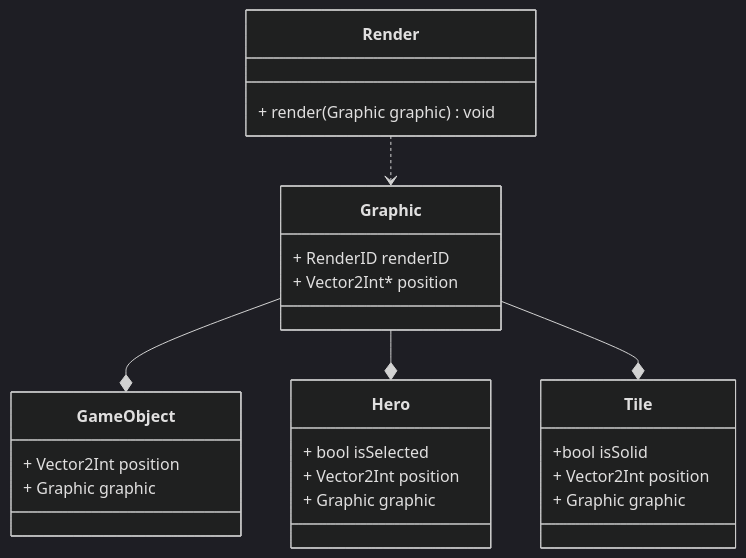
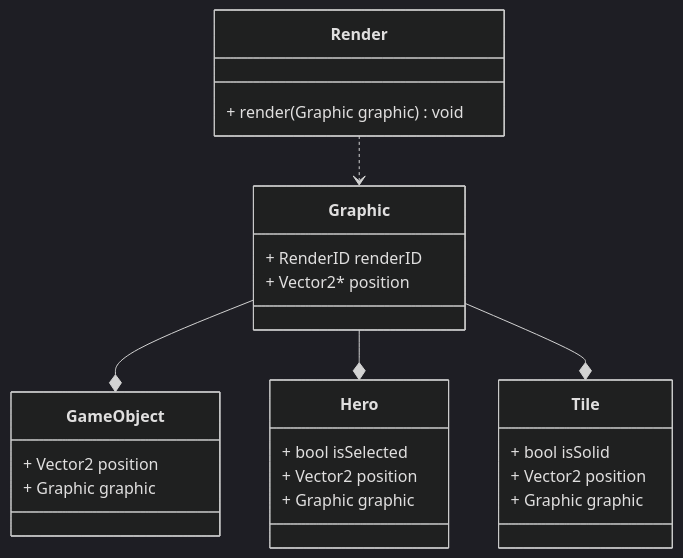
The second of 2 diagrams in doc/classDiagram.md (SinixND/roguelike), drawn with Mermaid before and after one commit. The commit also changed 16 other files, not shown here.

````diff
--- a/doc/classDiagram.md
+++ b/doc/classDiagram.md
@@ -14,36 +14,36 @@
 ```mermaid
 %%{init: {'theme': 'dark'}}%%
 classDiagram
 direction TB
 
 class Graphic {
     + RenderID renderID
-    + Vector2Int* position
+    + Vector2* position
 }
 
 class GameObject{
-    + Vector2Int position
+    + Vector2 position
     + Graphic graphic
 }
 Graphic --* GameObject
 
 class Hero {
     + bool isSelected
-    + Vector2Int position
+    + Vector2 position
     + Graphic graphic
 }
 Graphic --* Hero
 
 class Tile{
-    +bool isSolid
-    + Vector2Int position
+    + bool isSolid
+    + Vector2 position
     + Graphic graphic
 }
 Graphic --* Tile
 
 class Render{
     + render(Graphic graphic) void
 }
 Render ..> Graphic
 
 ```
````
